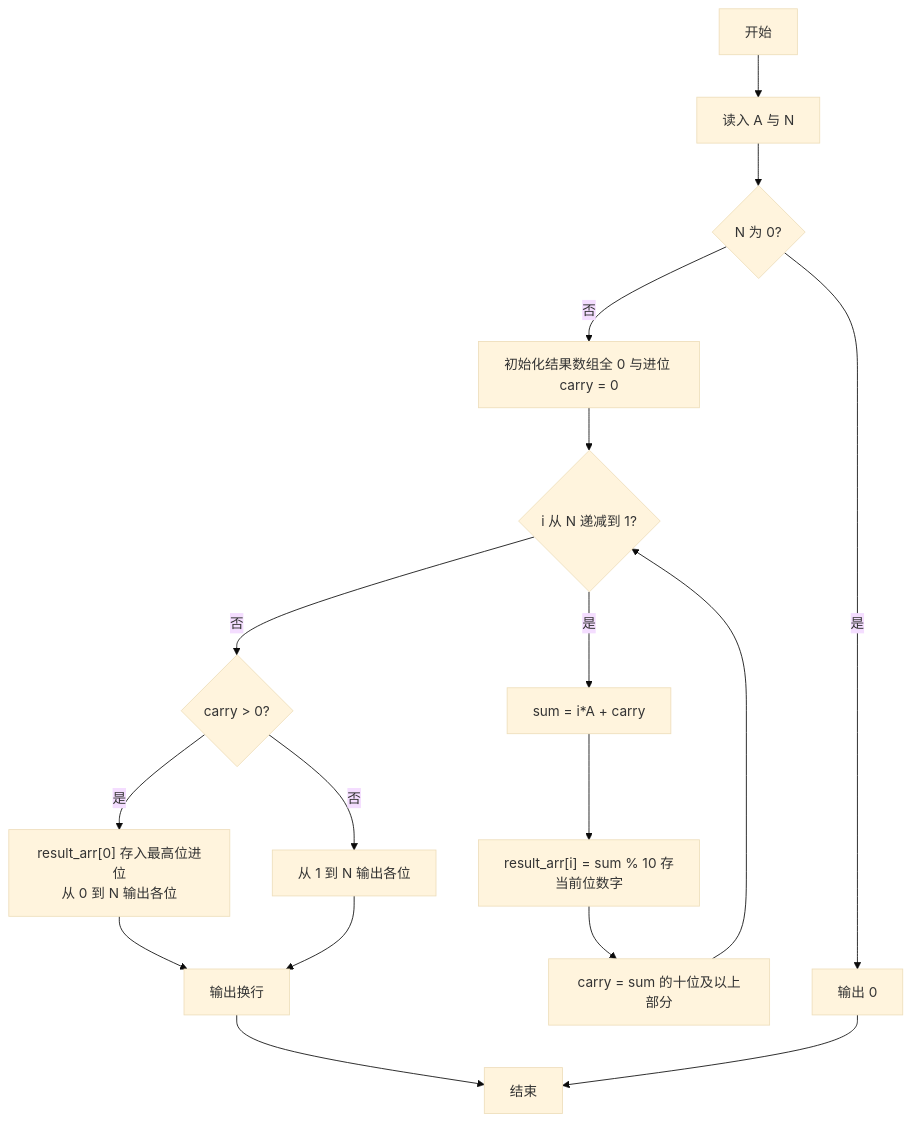
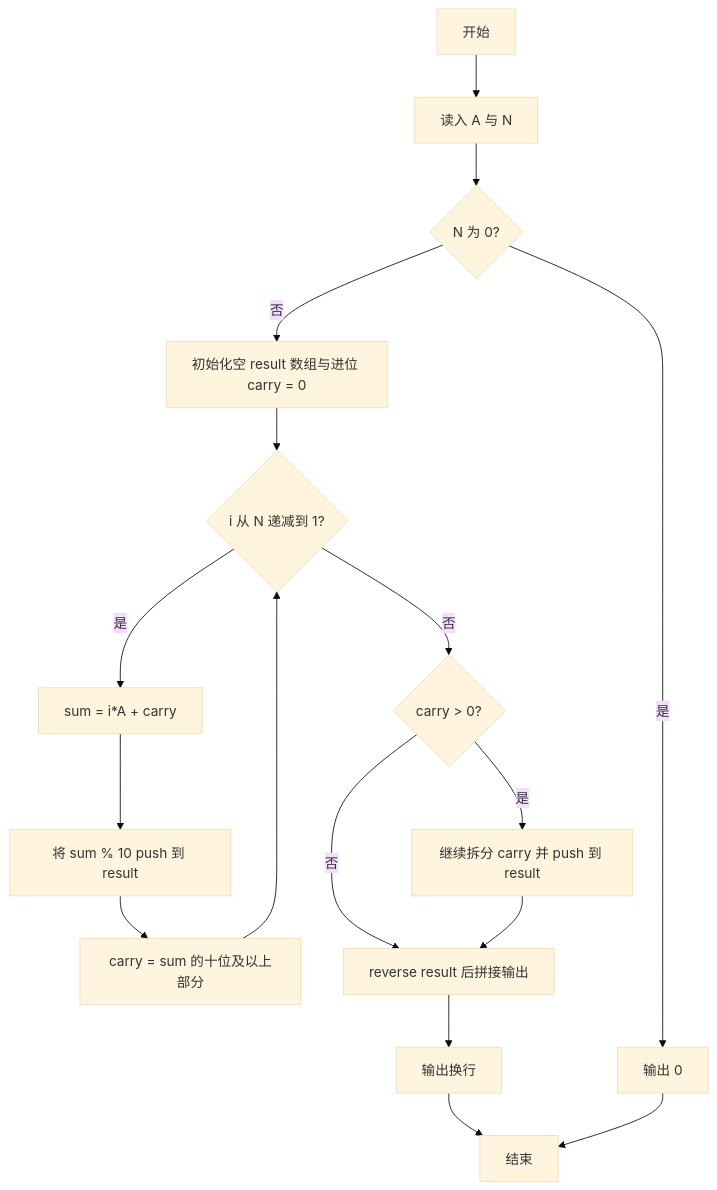
One commit to Zonkidd-Shao/pta_basic_program_article_by_perl changed the first of 2 diagrams in 编程题/PTA基础编程题目集 7-38数列求和-加强版（Perl语言实现）.md. Above: the diagram before and after it, drawn with Mermaid (base theme). The commit also changed other lines of this file and 50 other files, not shown here.

````diff
--- a/编程题/PTA基础编程题目集 7-38数列求和-加强版（Perl语言实现）.md
+++ b/编程题/PTA基础编程题目集 7-38数列求和-加强版（Perl语言实现）.md
@@ -79,19 +114,19 @@
 ```mermaid
 flowchart TD
     A[开始] --> B[读入 A 与 N]
     B --> C{N 为 0?}
     C -- 是 --> D[输出 0]
-    C -- 否 --> E[初始化结果数组全 0 与进位 carry = 0]
+    C -- 否 --> E[初始化空 result 数组与进位 carry = 0]
     E --> F{i 从 N 递减到 1?}
     F -- 是 --> G[sum = i*A + carry]
-    G --> H["result_arr[i] = sum % 10 存当前位数字"]
+    G --> H["将 sum % 10 push 到 result"]
     H --> I[carry = sum 的十位及以上部分]
     I --> F
     F -- 否 --> J{carry > 0?}
-    J -- 是 --> K["result_arr[0] 存入最高位进位<br>从 0 到 N 输出各位"]
-    J -- 否 --> L[从 1 到 N 输出各位]
-    K --> M[输出换行]
-    L --> M
+    J -- 是 --> K["继续拆分 carry 并 push 到 result"]
+    J -- 否 --> L[reverse result 后拼接输出]
+    K --> L
+    L --> M[输出换行]
     M --> N[结束]
     D --> N
 ```
````
